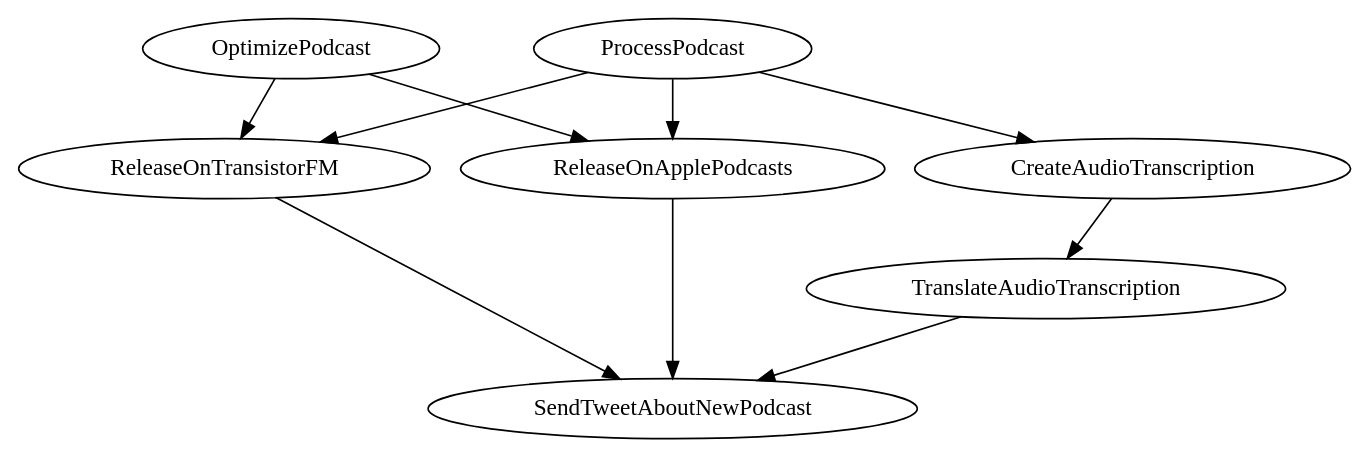
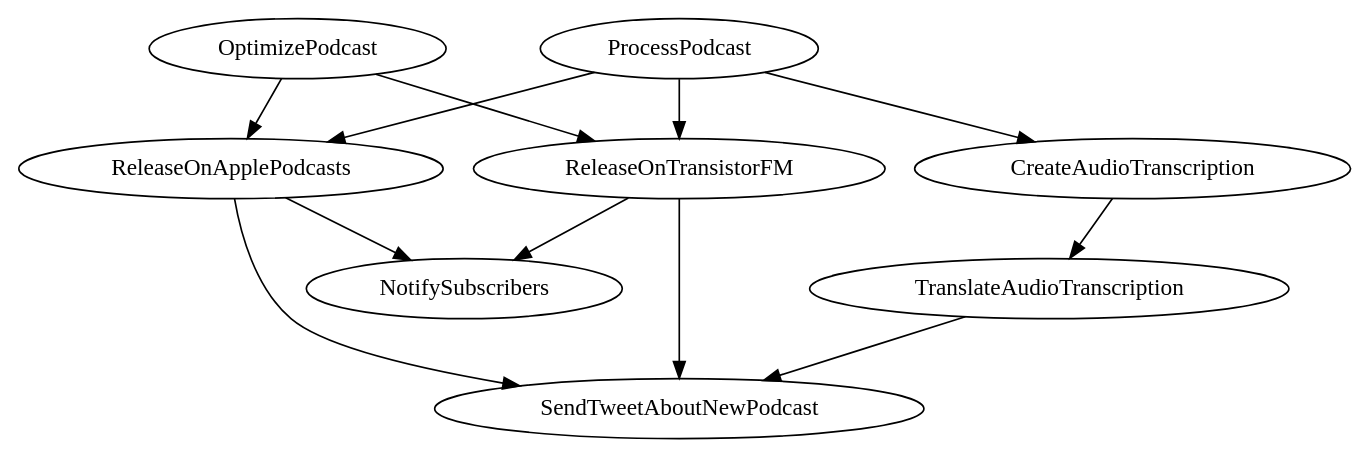
One commit to ksassnowski/venture-docs changed the diagram in docs/.vuepress/public/workflow.dot. Above: the diagram before and after it, drawn with Graphviz. The commit also changed 9 other files, not shown here.

```diff
--- a/docs/.vuepress/public/workflow.dot
+++ b/docs/.vuepress/public/workflow.dot
@@ -1,11 +1,13 @@
 digraph G {
     ProcessPodcast -> ReleaseOnApplePodcasts;
     ProcessPodcast -> ReleaseOnTransistorFM;
     ProcessPodcast -> CreateAudioTranscription;
     OptimizePodcast -> ReleaseOnApplePodcasts;
     OptimizePodcast -> ReleaseOnTransistorFM;
     ReleaseOnTransistorFM -> SendTweetAboutNewPodcast;
+    ReleaseOnTransistorFM -> NotifySubscribers;
+    ReleaseOnApplePodcasts -> NotifySubscribers;
     ReleaseOnApplePodcasts -> SendTweetAboutNewPodcast;
     CreateAudioTranscription -> TranslateAudioTranscription;
     TranslateAudioTranscription -> SendTweetAboutNewPodcast;
 }
```
